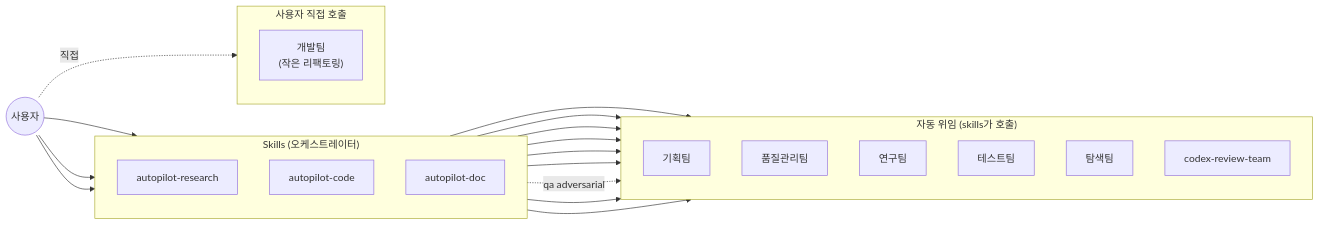
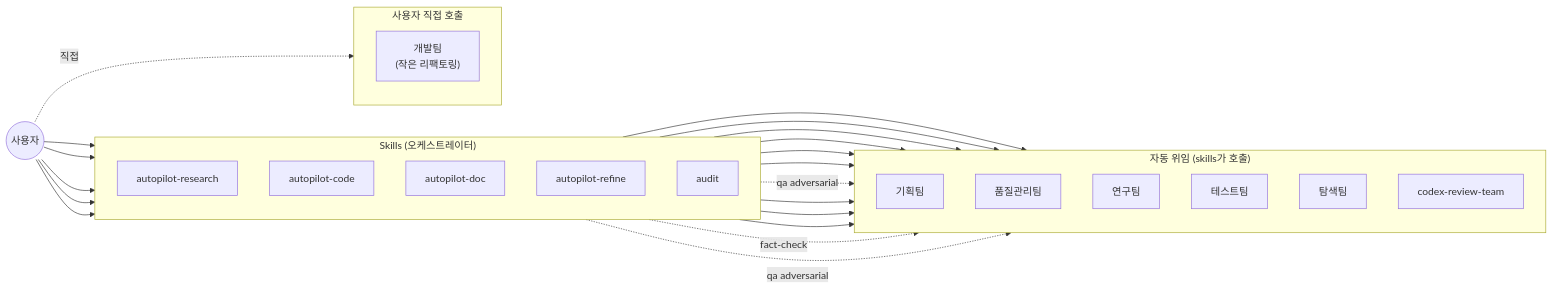
One commit to dmlguq456/claude_setting changed the second of 2 diagrams in skills/sync-skills/SKILL.md. Above: the diagram before and after it, drawn with Mermaid. The commit also changed other lines of this file and 4 other files, not shown here.

````diff
--- a/skills/sync-skills/SKILL.md
+++ b/skills/sync-skills/SKILL.md
@@ -114,36 +149,43 @@
 ```mermaid
 flowchart LR
     USER(("사용자"))
     subgraph SKILLS["Skills (오케스트레이터)"]
         direction TB
         ARES["autopilot-research"]
         ACODE["autopilot-code"]
         ADOC["autopilot-doc"]
+        AREF["autopilot-refine"]
+        AUD["audit"]
     end
     subgraph AUTO["자동 위임 (skills가 호출)"]
         direction TB
         PT["기획팀"]
         QT["품질관리팀"]
         RT["연구팀"]
         TT["테스트팀"]
         BT["탐색팀"]
         CRT["codex-review-team"]
     end
     subgraph DIRECT["사용자 직접 호출"]
         direction TB
         DT["개발팀<br/>(작은 리팩토링)"]
     end
     USER --> ARES
     USER --> ACODE
     USER --> ADOC
+    USER --> AREF
+    USER --> AUD
     USER -. 직접 .-> DT
     ARES --> RT
     ARES --> BT
     ACODE --> PT
     ACODE --> QT
     ACODE --> RT
     ACODE --> TT
     ACODE -. qa adversarial .-> CRT
     ADOC --> RT
     ADOC --> QT
+    AREF --> QT
+    AREF -. fact-check .-> RT
+    AREF -. qa adversarial .-> CRT
 ```
````
